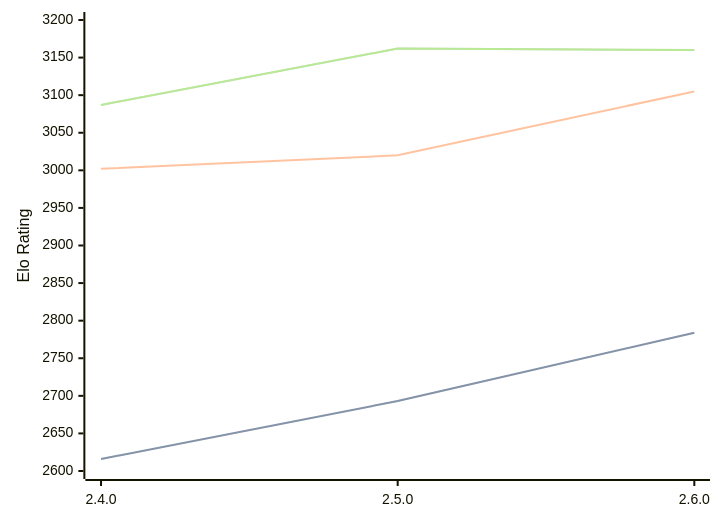
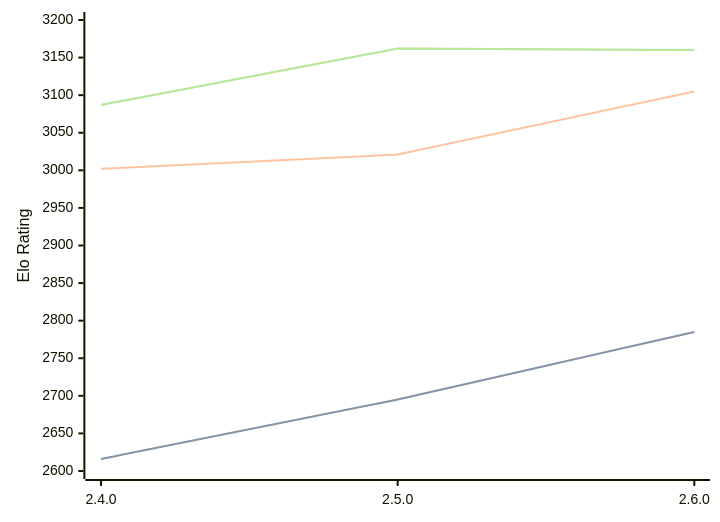
Before and after one commit to computer-chess-index/cci: the diagram in engines/Sturddle2.md, drawn with Mermaid. The commit also changed other lines of this file, not shown here.

````diff
--- a/engines/Sturddle2.md
+++ b/engines/Sturddle2.md
@@ -33,11 +33,11 @@
 ```mermaid
 %%{init: {"theme":"base","themeVariables":{"seriesColors:['#a3a3a3','#222221','#faa371']}}}%%
 xychart-beta
   x-axis ["2.4.0", "2.5.0", "2.6.0"]
   y-axis "Elo Rating" 2600 --> 3200
-  line "STC (8.0+0.08s)" [2616, 2693, 2784]
-  line "STC (8.0+0.08s)" [2616, 2693, 2784]
-  line "LTC (60.0+0.60s)" [3002, 3020, 3105]
+  line "STC (8.0+0.08s)" [2616, 2695, 2785]
+  line "STC (8.0+0.08s)" [2616, 2695, 2785]
+  line "LTC (60.0+0.60s)" [3002, 3021, 3105]
   line "VLTC (2m24s+1.12s)" [3087, 3162, 3160]
   line "VLTC (2m24s+1.12s)" [3087, 3162, 3160]
 ```
````
